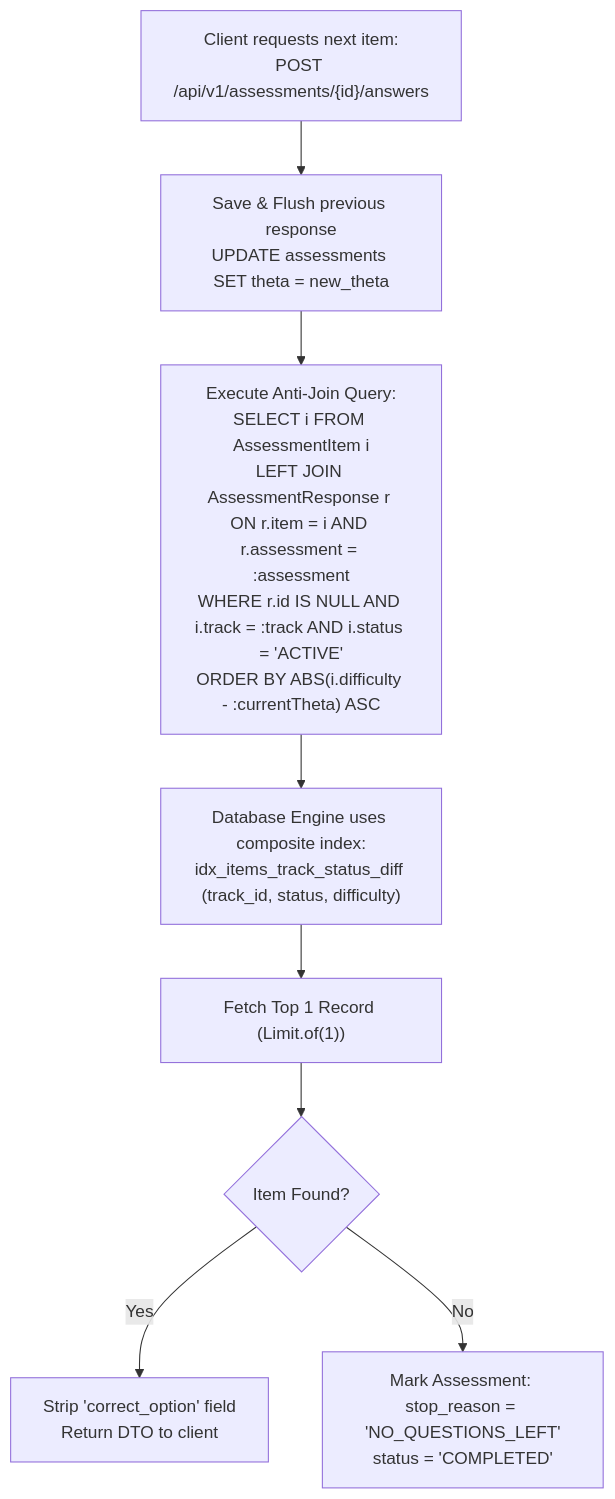
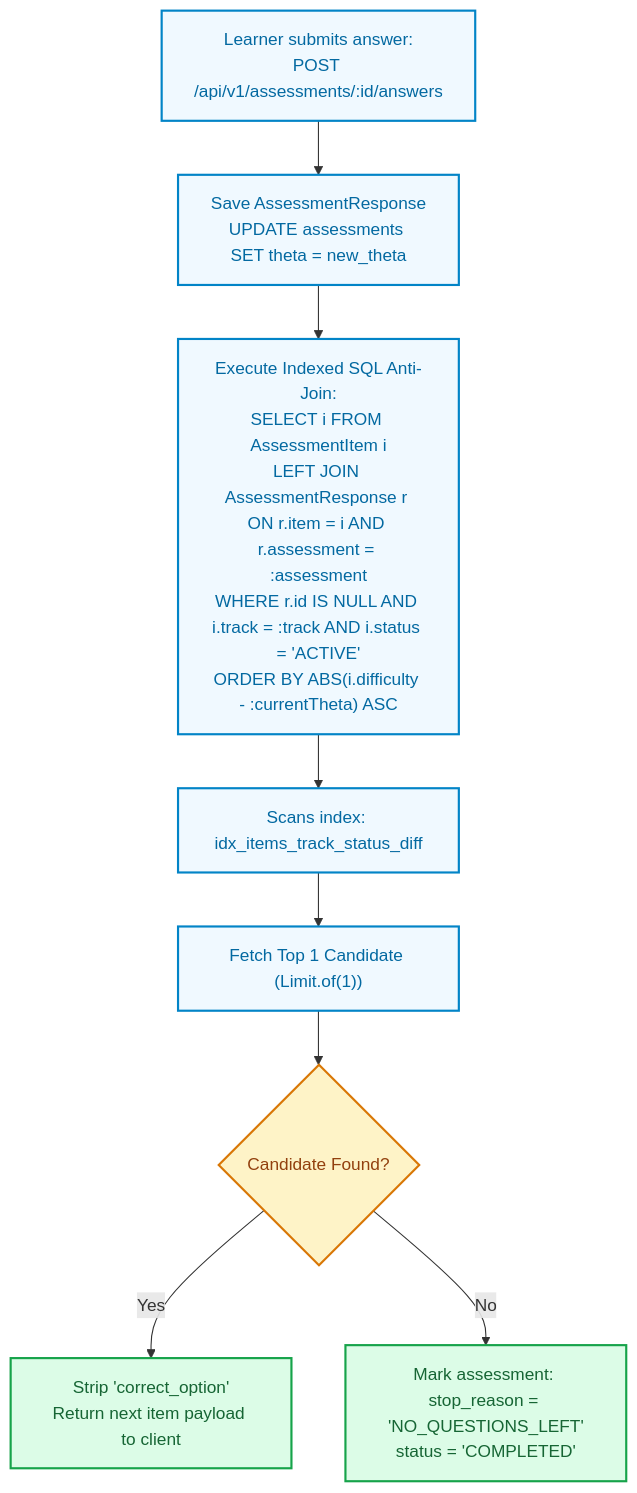
The sixth of 11 diagrams in DESIGN_FLOWCHARTS.md (LNCT-Unix/AI-Powered-Upskilling-Platform), drawn with Mermaid before and after one commit. The commit also changed other lines of this file, not shown here.

Commit message:
Updated flowcharts

````diff
--- a/DESIGN_FLOWCHARTS.md
+++ b/DESIGN_FLOWCHARTS.md
@@ -424,10 +342,18 @@
 ```mermaid
 flowchart TD
-    START["Client requests next item:<br/>POST /api/v1/assessments/{id}/answers"] --> PERSIST["Save & Flush previous response<br/>UPDATE assessments SET theta = new_theta"]
-    PERSIST --> QUERY["Execute Anti-Join Query:<br/>SELECT i FROM AssessmentItem i<br/>LEFT JOIN AssessmentResponse r ON r.item = i AND r.assessment = :assessment<br/>WHERE r.id IS NULL AND i.track = :track AND i.status = 'ACTIVE'<br/>ORDER BY ABS(i.difficulty - :currentTheta) ASC"]
-    QUERY --> INDEX_SCAN["Database Engine uses composite index:<br/>idx_items_track_status_diff (track_id, status, difficulty)"]
-    INDEX_SCAN --> LIMIT["Fetch Top 1 Record (Limit.of(1))"]
-    LIMIT --> EVAL_EXISTS{Item Found?}
-    EVAL_EXISTS -- Yes --> SANITIZE["Strip 'correct_option' field<br/>Return DTO to client"]
-    EVAL_EXISTS -- No --> TERM["Mark Assessment: stop_reason = 'NO_QUESTIONS_LEFT'<br/>status = 'COMPLETED'"]
+    REQ["Learner submits answer:<br/>POST /api/v1/assessments/:id/answers"] --> PERSIST["Save AssessmentResponse<br/>UPDATE assessments SET theta = new_theta"]
+    PERSIST --> ANTI_JOIN["Execute Indexed SQL Anti-Join:<br/>SELECT i FROM AssessmentItem i<br/>LEFT JOIN AssessmentResponse r ON r.item = i AND r.assessment = :assessment<br/>WHERE r.id IS NULL AND i.track = :track AND i.status = 'ACTIVE'<br/>ORDER BY ABS(i.difficulty - :currentTheta) ASC"]
+    ANTI_JOIN --> INDEX["Scans index: idx_items_track_status_diff"]
+    INDEX --> FETCH["Fetch Top 1 Candidate (Limit.of(1))"]
+    FETCH --> CHECK_FOUND{Candidate Found?}
+    CHECK_FOUND -- Yes --> RETURN_DTO["Strip 'correct_option'<br/>Return next item payload to client"]
+    CHECK_FOUND -- No --> STOP_TEST["Mark assessment: stop_reason = 'NO_QUESTIONS_LEFT'<br/>status = 'COMPLETED'"]
+
+    classDef proc fill:#f0f9ff,stroke:#0284c7,stroke-width:2px,color:#0369a1;
+    classDef check fill:#fef3c7,stroke:#d97706,stroke-width:2px,color:#92400e;
+    classDef done fill:#dcfce7,stroke:#16a34a,stroke-width:2px,color:#166534;
+
+    class REQ,PERSIST,ANTI_JOIN,INDEX,FETCH proc;
+    class CHECK_FOUND check;
+    class RETURN_DTO,STOP_TEST done;
 ```
````
